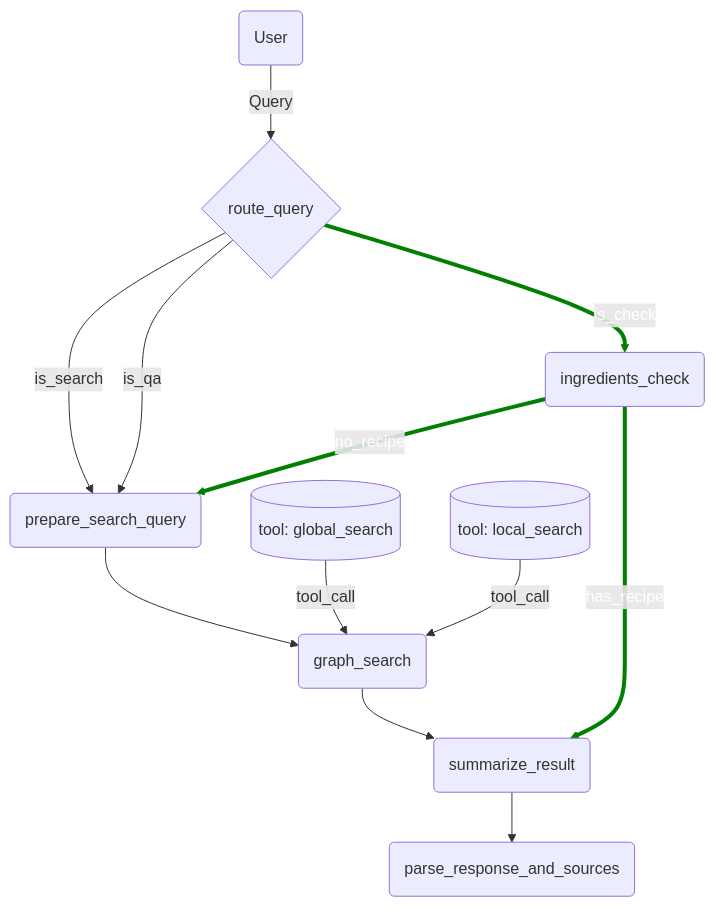
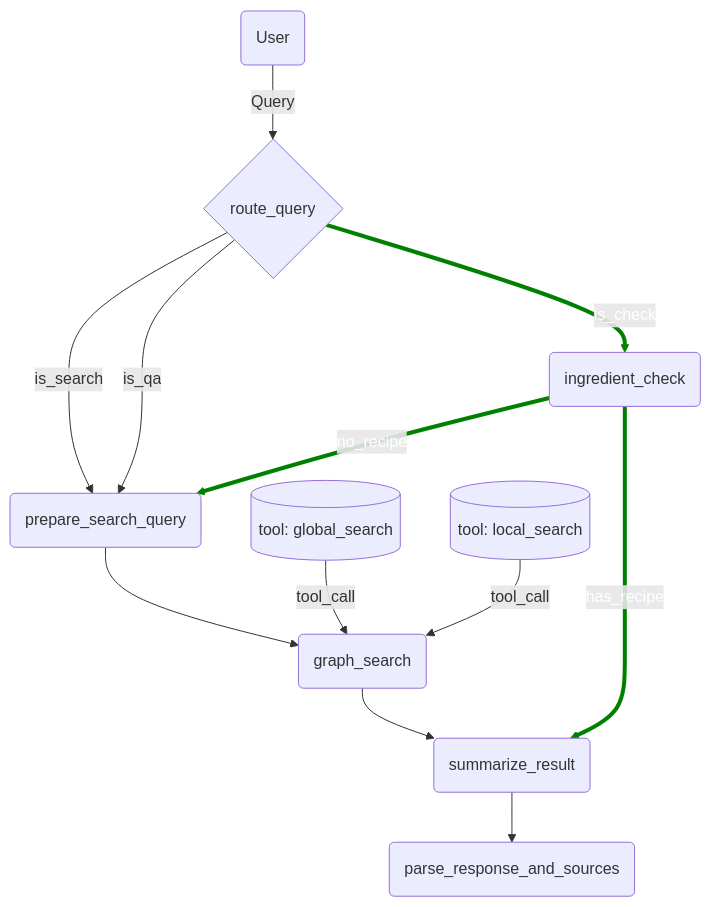
The diagram in README.md (JoshChima/chef_ai_api), drawn with Mermaid before and after one commit. The commit also changed other lines of this file and 9 other files, not shown here.

````diff
--- a/README.md
+++ b/README.md
@@ -18,33 +18,33 @@
 ```mermaid
 graph TD
     rsq@{ shape: decision, label: "route_query"}
 
     %% Nodes:
     glbs@{ shape: db, label: "tool: global_search"}
     lcls@{ shape: db, label: "tool: local_search"}
     gs(graph_search)
     sr(summarize_result)
     pras(parse_response_and_sources)
     psq(prepare_search_query)
-    icheck(ingredients_check)
+    icheck(ingredient_check)
 
     %% Edges:
 
     %% - Search
     user(User) --Query--> rsq
     rsq --is_search--> psq
     rsq --is_qa--> psq
     psq --> gs
 
     glbs --tool_call--> gs
     lcls --tool_call--> gs
     gs --> sr --> pras
 
     %% - Ingredients Check
     rsq --is_check--> icheck 
     icheck -- has_recipe --> sr
     icheck -- no_recipe --> psq
 
     linkStyle 8,9,10 stroke:green,stroke-width:4px,color:white;
 
 ```
````
